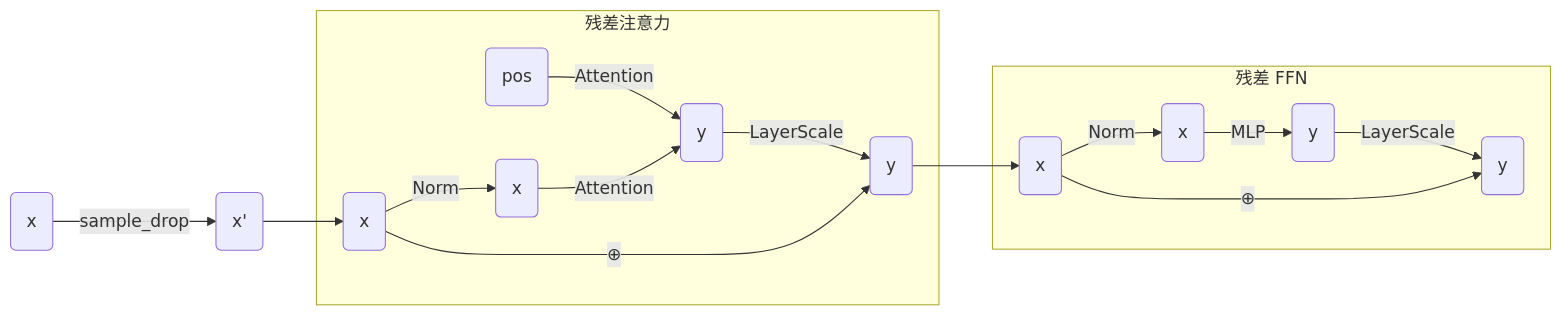
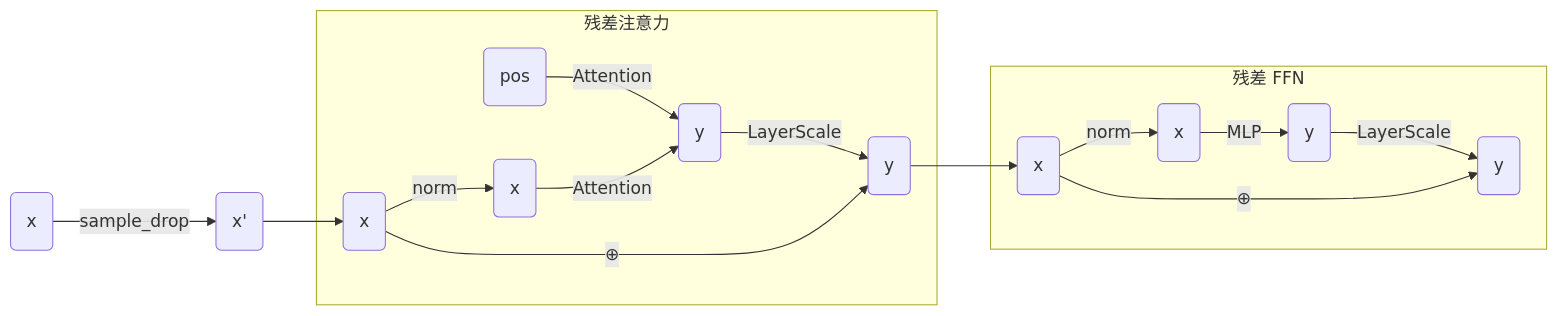
One commit to lichang-jin/Research_Exercise changed the first of 5 diagrams in VGGT/vggt/layers/README.md. Above: the diagram before and after it, drawn with Mermaid. The commit also changed other lines of this file and 4 other files, not shown here.

````diff
--- a/VGGT/vggt/layers/README.md
+++ b/VGGT/vggt/layers/README.md
@@ -59,19 +59,19 @@
 ```mermaid
 flowchart LR
         A_1(x) --sample_drop--> A_2(x')
     subgraph A [残差注意力]
-        A1(x) --Norm--> A2(x)
+        A1(x) --norm--> A2(x)
         A6(pos) --Attention--> A3(x)
         A2 --Attention--> A3(y)
         A3 --LayerScale--> A4(y)
         A1 --⊕--> A4
     end
     subgraph B [残差 FFN]
-        B1(x) --Norm--> B2(x)
+        B1(x) --norm--> B2(x)
         B2 --MLP--> B3(y)
         B3 --LayerScale--> B4(y)
         B1 --⊕--> B4
     end
     A_2 --> A1
     A4 --> B1
 ```
````
